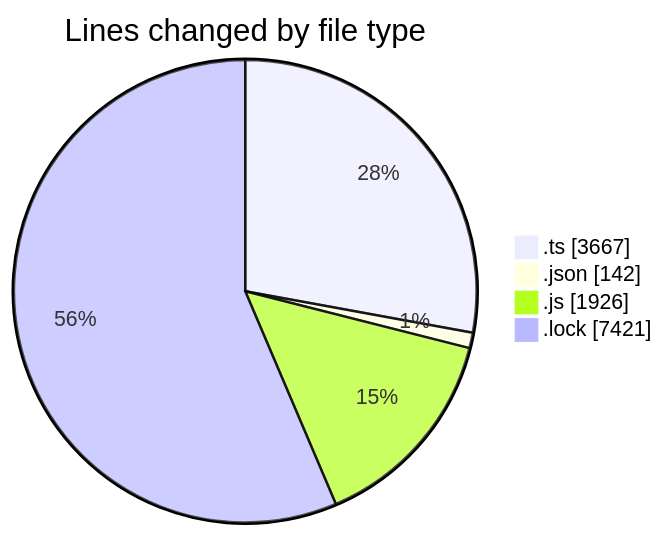
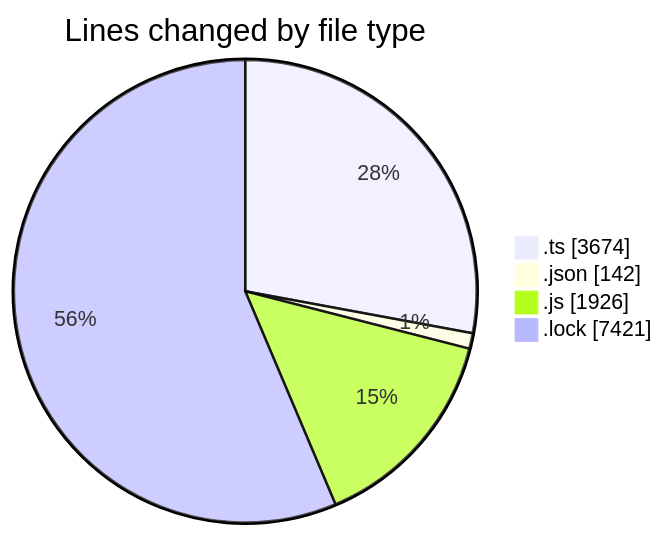
Before and after one commit to momahboobian/code-tracking: the first of 2 diagrams in 2025-07-30/cda/README.md, drawn with Mermaid. The commit also changed other lines of this file and 1 other file, not shown here.

````diff
--- a/2025-07-30/cda/README.md
+++ b/2025-07-30/cda/README.md
@@ -29,8 +29,8 @@
 ```mermaid
 pie showData
 title Lines changed by file type
-".ts" : 3667
+".ts" : 3674
 ".json" : 142
 ".js" : 1926
 ".lock" : 7421
 ```
````
